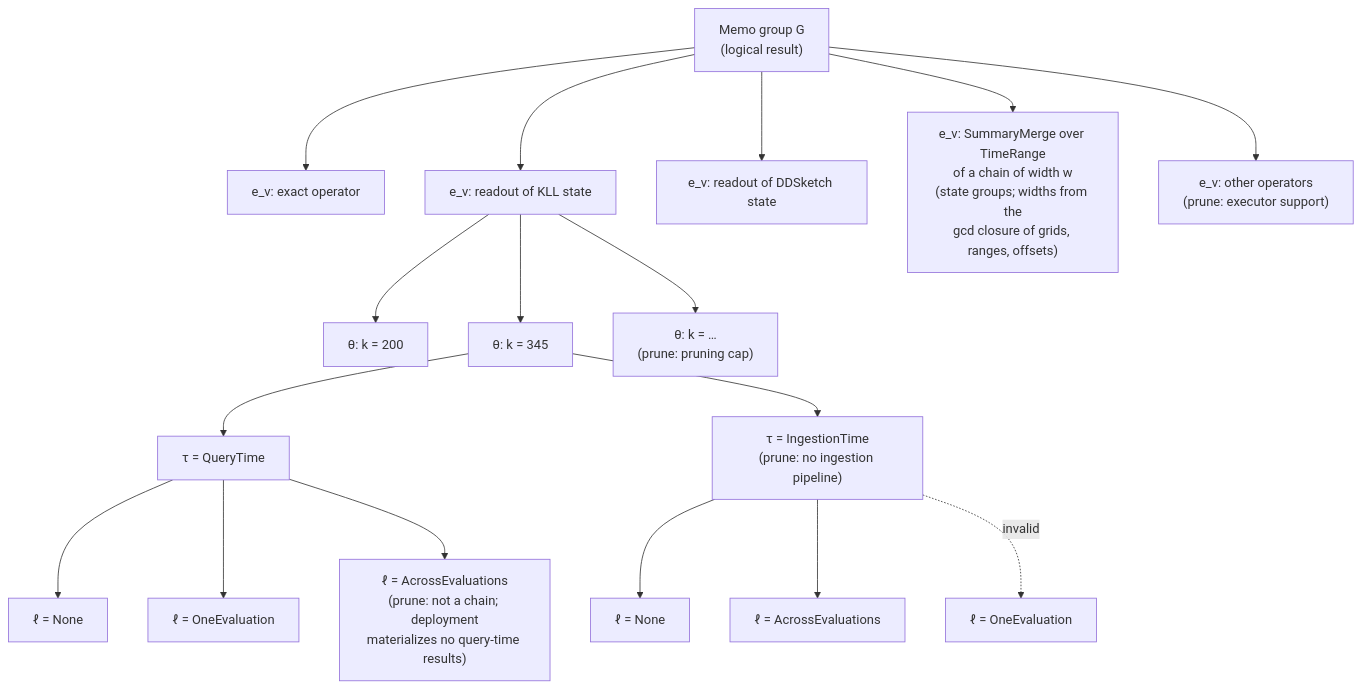
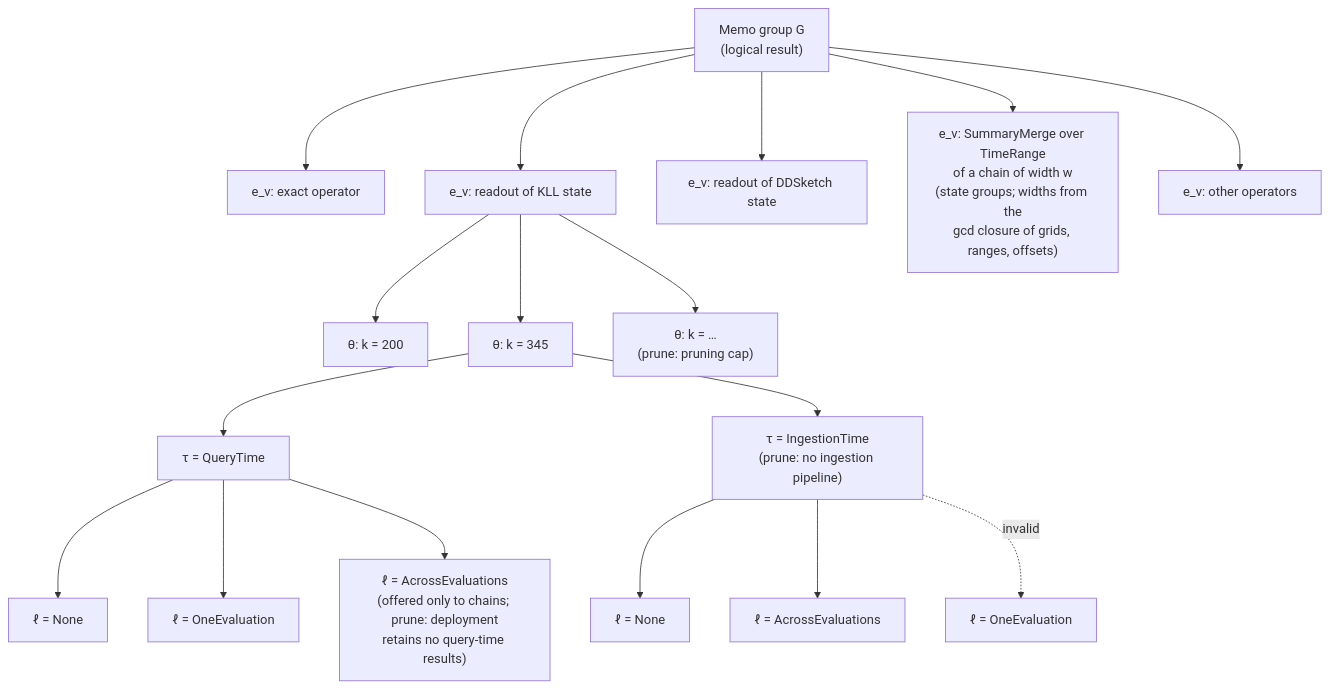
Before and after one commit to ProjectASAP/ASAPPlanner: the diagram in docs/design_docs/concepts/memo-groups-properties-requirements.md, drawn with Mermaid. The commit also changed other lines of this file, not shown here.

First line of the commit message:
docs(concepts): no executor-support check, ingestion-time counter and filtered builds, Stage 2 interface

````diff
--- a/docs/design_docs/concepts/memo-groups-properties-requirements.md
+++ b/docs/design_docs/concepts/memo-groups-properties-requirements.md
@@ -161,22 +161,22 @@
 ```mermaid
 flowchart TD
     G["Memo group G<br/>(logical result)"] --> R1["e_v: exact operator"]
     G --> R2["e_v: readout of KLL state"]
     G --> R3["e_v: readout of DDSketch state"]
     G --> R5["e_v: SummaryMerge over TimeRange<br/>of a chain of width w<br/>(state groups; widths from the<br/>gcd closure of grids, ranges, offsets)"]
-    G --> R4["e_v: other operators<br/>(prune: executor support)"]
+    G --> R4["e_v: other operators"]
 
     R2 --> T1["θ: k = 200"]
     R2 --> T2["θ: k = 345"]
     R2 --> T3["θ: k = …<br/>(prune: pruning cap)"]
 
     T2 --> P1["τ = QueryTime"]
     T2 --> P2["τ = IngestionTime<br/>(prune: no ingestion pipeline)"]
 
     P1 --> L1["ℓ = None"]
     P1 --> L2["ℓ = OneEvaluation"]
-    P1 --> L3["ℓ = AcrossEvaluations<br/>(prune: not a chain; deployment<br/>materializes no query-time results)"]
+    P1 --> L3["ℓ = AcrossEvaluations<br/>(offered only to chains; prune: deployment<br/>retains no query-time results)"]
     P2 --> L4["ℓ = None"]
     P2 --> L5["ℓ = AcrossEvaluations"]
     P2 -. invalid .-> L6["ℓ = OneEvaluation"]
 ```
````
